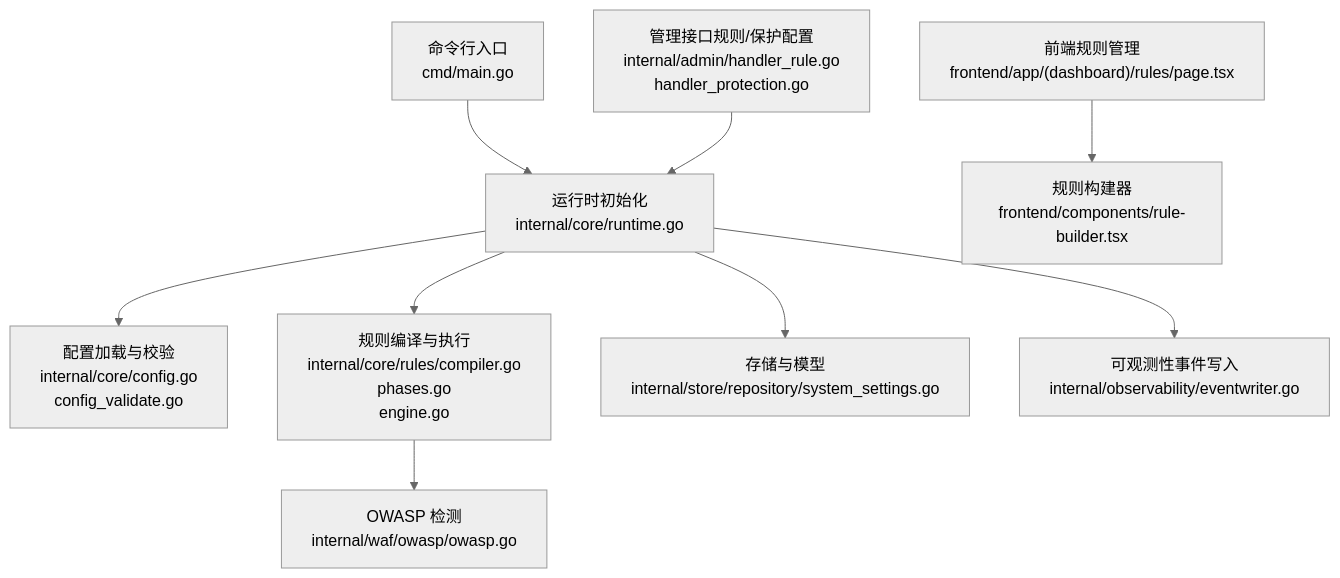
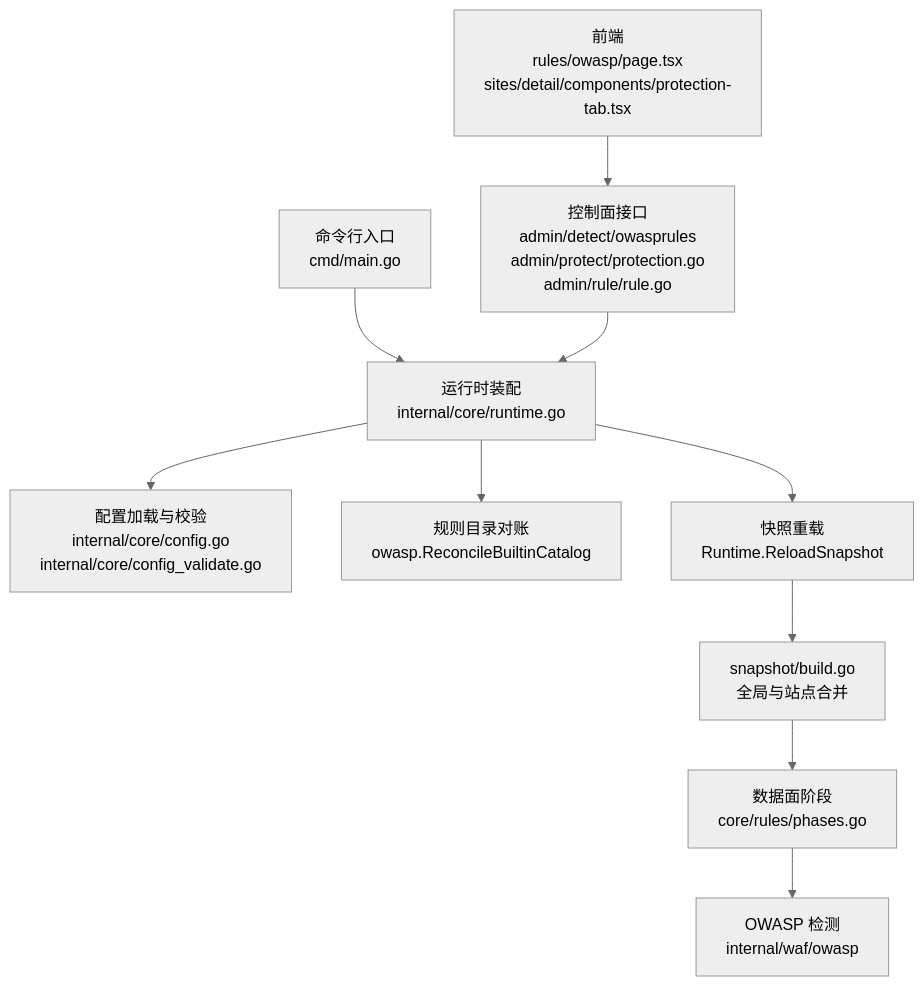
The first of 9 diagrams in docs/安全防护功能/OWASP 检测/配置与管理.md (x01n/My-OpenWaf), drawn with Mermaid (neutral theme) before and after one commit. The commit also changed other lines of this file and 622 other files, not shown here.

````diff
--- a/docs/安全防护功能/OWASP 检测/配置与管理.md
+++ b/docs/安全防护功能/OWASP 检测/配置与管理.md
@@ -48,11 +75,12 @@
 ```mermaid
 graph TB
-A["命令行入口<br/>cmd/main.go"] --> B["运行时初始化<br/>internal/core/runtime.go"]
-B --> C["配置加载与校验<br/>internal/core/config.go<br/>config_validate.go"]
-B --> D["规则编译与执行<br/>internal/core/rules/compiler.go<br/>phases.go<br/>engine.go"]
-D --> E["OWASP 检测<br/>internal/waf/owasp/owasp.go"]
-B --> F["存储与模型<br/>internal/store/repository/system_settings.go"]
-B --> G["可观测性事件写入<br/>internal/observability/eventwriter.go"]
-H["前端规则管理<br/>frontend/app/(dashboard)/rules/page.tsx"] --> I["规则构建器<br/>frontend/components/rule-builder.tsx"]
-J["管理接口规则/保护配置<br/>internal/admin/handler_rule.go<br/>handler_protection.go"] --> B
+A["命令行入口<br/>cmd/main.go"] --> B["运行时装配<br/>internal/core/runtime.go"]
+B --> C["配置加载与校验<br/>internal/core/config.go<br/>internal/core/config_validate.go"]
+B --> D["规则目录对账<br/>owasp.ReconcileBuiltinCatalog"]
+B --> E["快照重载<br/>Runtime.ReloadSnapshot"]
+E --> F["snapshot/build.go<br/>全局与站点合并"]
+F --> G["数据面阶段<br/>core/rules/phases.go"]
+G --> H["OWASP 检测<br/>internal/waf/owasp"]
+I["控制面接口<br/>admin/detect/owasprules<br/>admin/protect/protection.go<br/>admin/rule/rule.go"] --> B
+J["前端<br/>rules/owasp/page.tsx<br/>sites/detail/components/protection-tab.tsx"] --> I
 ```
````
